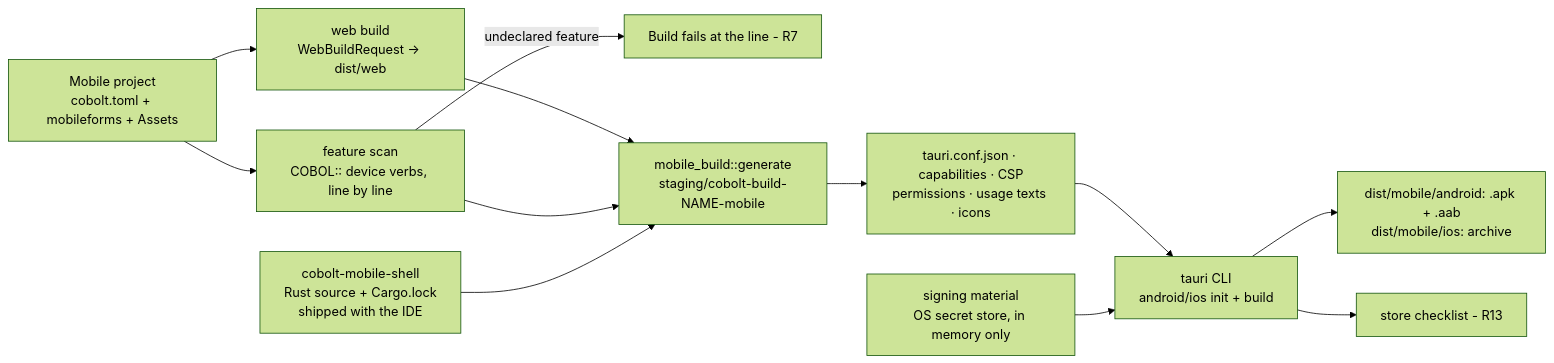
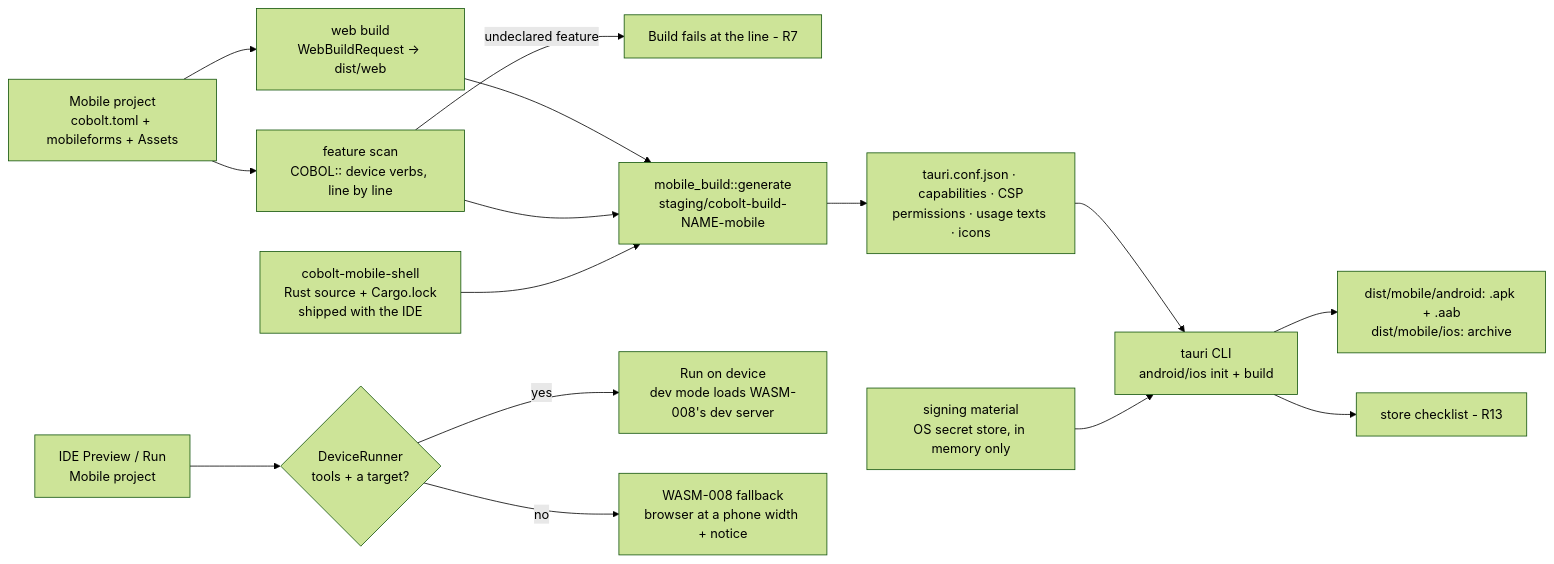
The diagram in specs/WASM-012-mobile-shell-tauri-2/plan.md (CloudLandBeta/PowerRustCOBOL), drawn with Mermaid (forest theme) before and after one commit. The commit also changed other lines of this file and 3 other files, not shown here.

First line of the commit message:
Docs: WASM-008 and WASM-012 re-planned and re-tasked for Preview/Run in the browser and on the emulator

````diff
--- a/specs/WASM-012-mobile-shell-tauri-2/plan.md
+++ b/specs/WASM-012-mobile-shell-tauri-2/plan.md
@@ -27,14 +39,17 @@
 ```mermaid
 flowchart LR
   P[Mobile project<br/>cobolt.toml + mobileforms + Assets] --> WB[web build<br/>WebBuildRequest -> dist/web]
   P --> SCAN[feature scan<br/>COBOL:: device verbs, line by line]
   SCAN -->|undeclared feature| FAIL[Build fails at the line - R7]
   WB --> GEN[mobile_build::generate<br/>staging/cobolt-build-NAME-mobile]
   SCAN --> GEN
   SH[cobolt-mobile-shell<br/>Rust source + Cargo.lock<br/>shipped with the IDE] --> GEN
   GEN --> CONF[tauri.conf.json · capabilities · CSP<br/>permissions · usage texts · icons]
   CONF --> TC[tauri CLI<br/>android/ios init + build]
   SIGN[signing material<br/>OS secret store, in memory only] --> TC
   TC --> OUT[dist/mobile/android: .apk + .aab<br/>dist/mobile/ios: archive]
   TC --> CHK[store checklist - R13]
+  PR[IDE Preview / Run<br/>Mobile project] --> DR{DeviceRunner<br/>tools + a target?}
+  DR -->|yes| DEV[Run on device<br/>dev mode loads WASM-008's dev server]
+  DR -->|no| PH[WASM-008 fallback<br/>browser at a phone width + notice]
 ```
````
